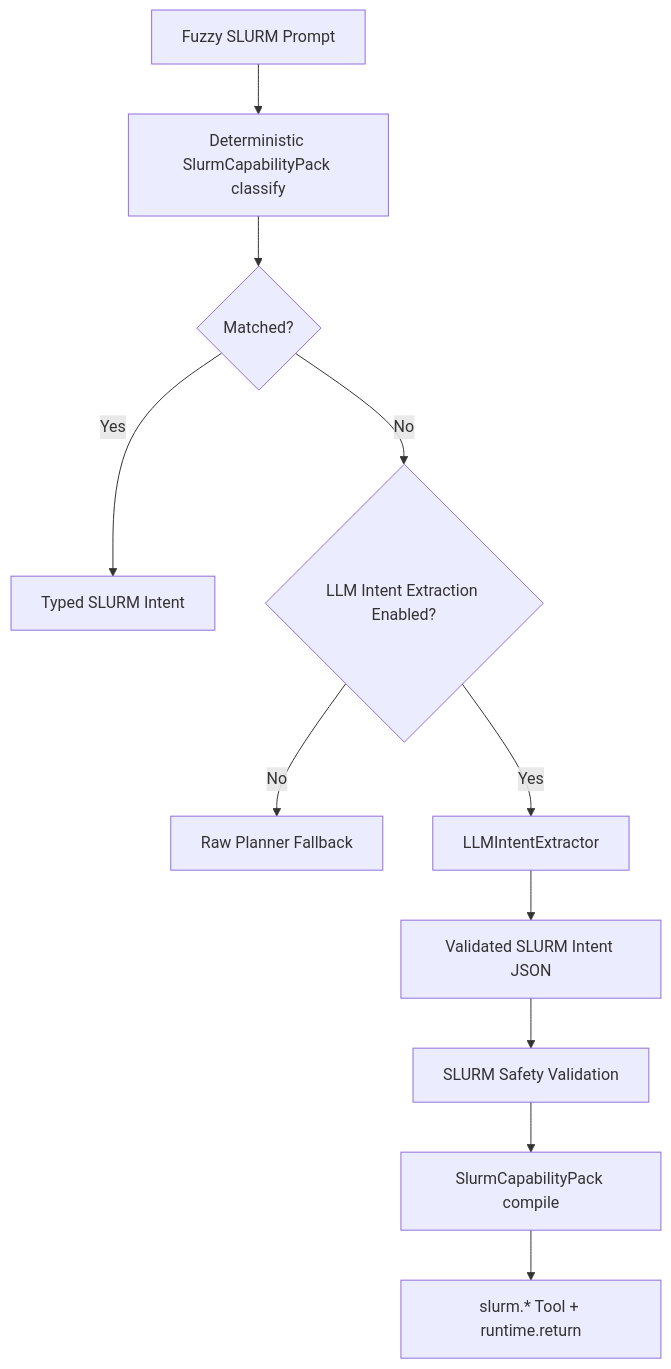
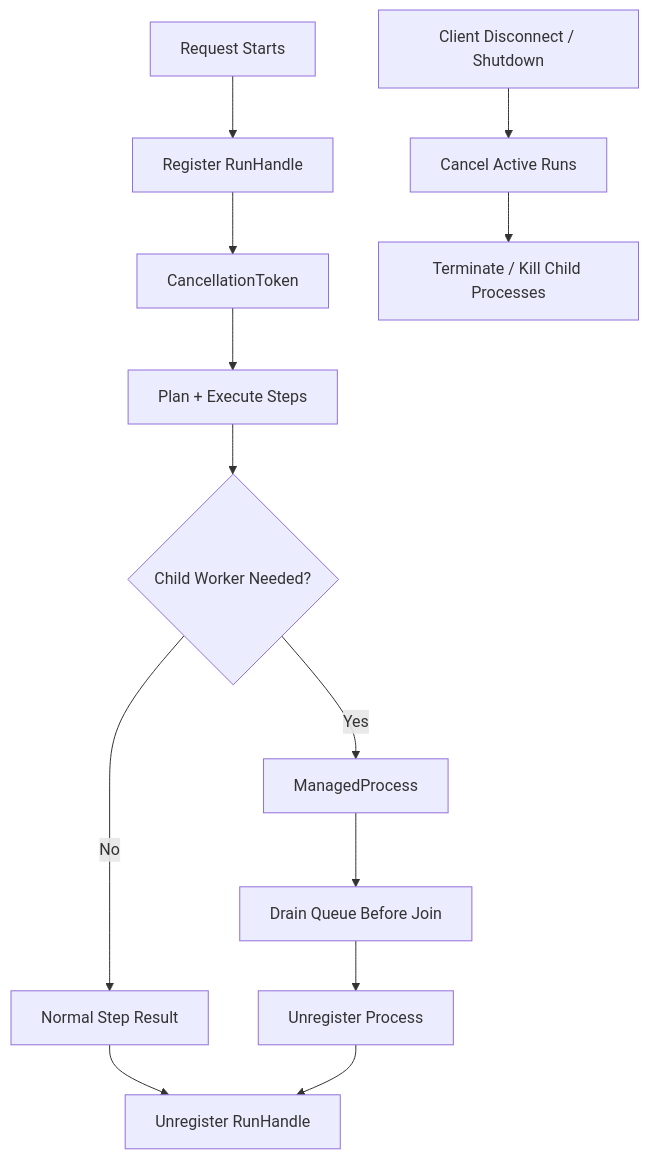
One commit to vinithbraj/openfabric changed the ninth of 9 diagrams in docs/MERMAID_DIAGRAMS.md. Above: the diagram before and after it, drawn with Mermaid. The commit also changed other lines of this file and 105 other files, not shown here.

Commit message:
Document current OpenFABRIC architecture

````diff
--- a/docs/MERMAID_DIAGRAMS.md
+++ b/docs/MERMAID_DIAGRAMS.md
@@ -63,13 +151,15 @@
 ```mermaid
 flowchart TD
-    A[Fuzzy SLURM Prompt] --> B[Deterministic SlurmCapabilityPack classify]
-    B --> C{Matched?}
-    C -- Yes --> D[Typed SLURM Intent]
-    C -- No --> E{LLM Intent Extraction Enabled?}
-    E -- No --> F[Raw Planner Fallback]
-    E -- Yes --> G[LLMIntentExtractor]
-    G --> H[Validated SLURM Intent JSON]
-    H --> I[SLURM Safety Validation]
-    I --> J[SlurmCapabilityPack compile]
-    J --> K[slurm.* Tool + runtime.return]
+    A[Request Starts] --> B[Register RunHandle]
+    B --> C[CancellationToken]
+    C --> D[Plan + Execute Steps]
+    D --> E{Child Worker Needed?}
+    E -->|Yes| F[ManagedProcess]
+    F --> G[Drain Queue Before Join]
+    E -->|No| H[Normal Step Result]
+    G --> I[Unregister Process]
+    H --> J[Unregister RunHandle]
+    I --> J
+    K[Client Disconnect / Shutdown] --> L[Cancel Active Runs]
+    L --> M[Terminate / Kill Child Processes]
 ```
````
